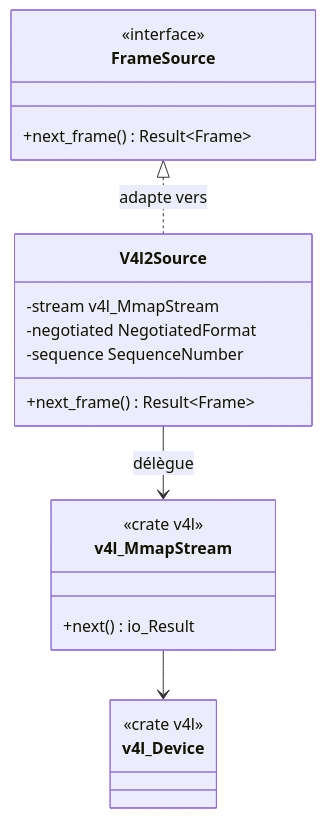
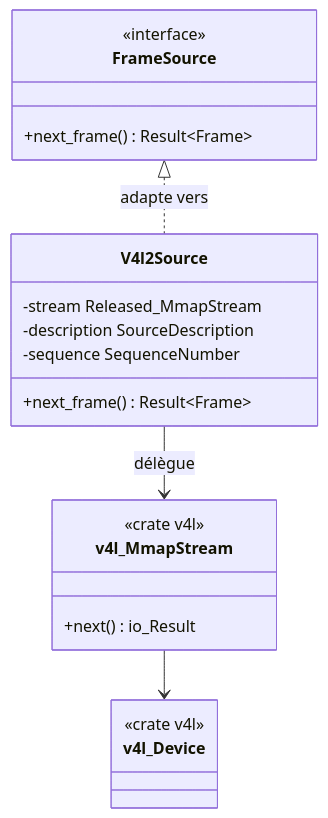
Before and after one commit to jprecigout/camstream: the third of 10 diagrams in docs/design-patterns.md, drawn with Mermaid. The commit also changed other lines of this file and 54 other files, not shown here.

````diff
--- a/docs/design-patterns.md
+++ b/docs/design-patterns.md
@@ -126,23 +129,23 @@
 ```mermaid
 classDiagram
     class FrameSource {
         <<interface>>
         +next_frame() Result~Frame~
     }
     class V4l2Source {
-        -stream v4l_MmapStream
-        -negotiated NegotiatedFormat
+        -stream Released_MmapStream
+        -description SourceDescription
         -sequence SequenceNumber
         +next_frame() Result~Frame~
     }
     class v4l_MmapStream {
         <<crate v4l>>
         +next() io_Result
     }
     class v4l_Device {
         <<crate v4l>>
     }
     FrameSource <|.. V4l2Source : adapte vers
     V4l2Source --> v4l_MmapStream : délègue
     v4l_MmapStream --> v4l_Device
 ```
````
